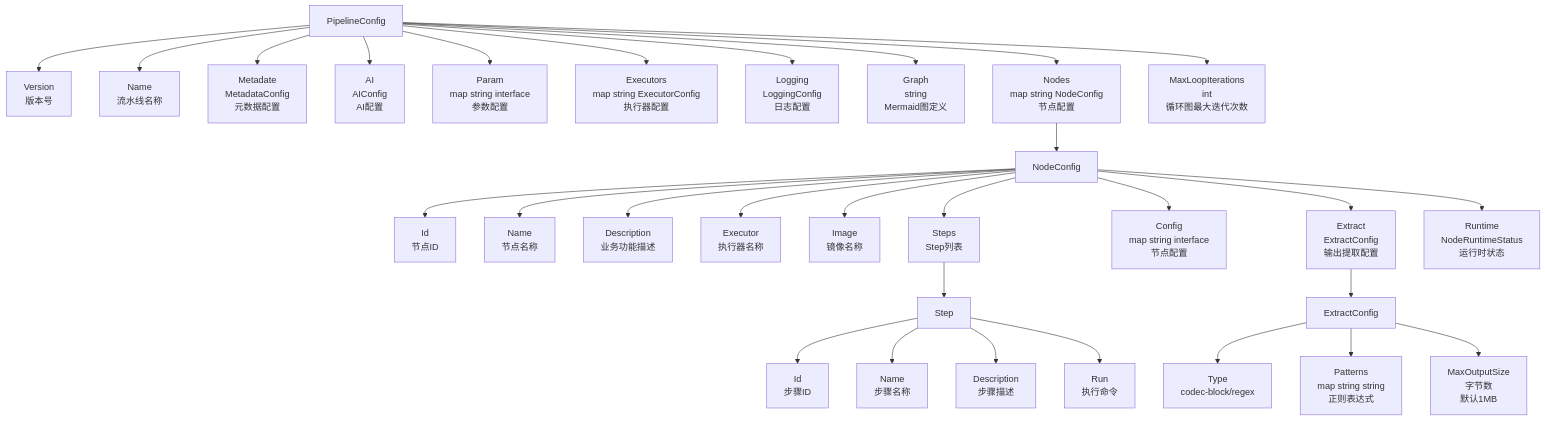
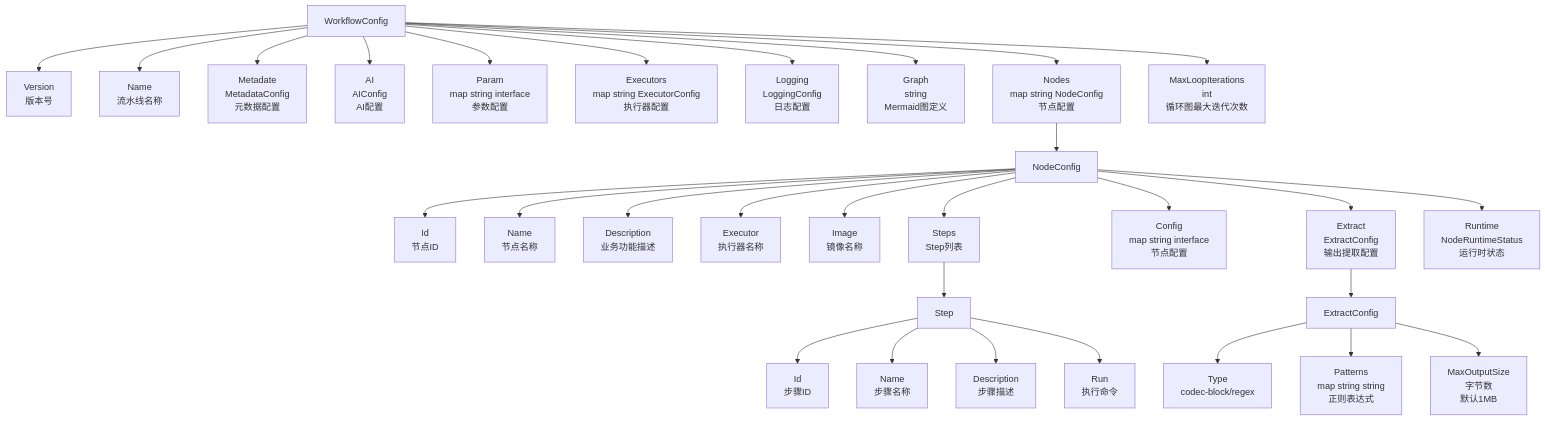
The first of 10 diagrams in core/FLOWS.md (LerkoX/flowx), drawn with Mermaid before and after one commit. The commit also changed other lines of this file and 99 other files, not shown here.

First line of the commit message:
refactor: Pipeline 统一更名为 Workflow

````diff
--- a/core/FLOWS.md
+++ b/core/FLOWS.md
@@ -5,35 +5,35 @@
 ```mermaid
 flowchart TD
-    A[PipelineConfig] --> B[Version<br/>版本号]
+    A[WorkflowConfig] --> B[Version<br/>版本号]
     A --> C[Name<br/>流水线名称]
     A --> D[Metadate<br/>MetadataConfig<br/>元数据配置]
     A --> E[AI<br/>AIConfig<br/>AI配置]
     A --> F[Param<br/>map string interface<br/>参数配置]
     A --> G[Executors<br/>map string ExecutorConfig<br/>执行器配置]
     A --> H[Logging<br/>LoggingConfig<br/>日志配置]
     A --> I[Graph<br/>string<br/>Mermaid图定义]
     A --> J[Nodes<br/>map string NodeConfig<br/>节点配置]
     A --> K[MaxLoopIterations<br/>int<br/>循环图最大迭代次数]
 
     J --> L[NodeConfig]
     L --> M[Id<br/>节点ID]
     L --> N[Name<br/>节点名称]
     L --> O[Description<br/>业务功能描述]
     L --> P[Executor<br/>执行器名称]
     L --> Q[Image<br/>镜像名称]
     L --> R[Steps<br/>Step列表]
     L --> S[Config<br/>map string interface<br/>节点配置]
     L --> T[Extract<br/>ExtractConfig<br/>输出提取配置]
     L --> U[Runtime<br/>NodeRuntimeStatus<br/>运行时状态]
 
     R --> V[Step]
     V --> W[Id<br/>步骤ID]
     V --> X[Name<br/>步骤名称]
     V --> Y[Description<br/>步骤描述]
     V --> Z[Run<br/>执行命令]
 
     T --> AA[ExtractConfig]
     AA --> AB[Type<br/>codec-block/regex]
     AA --> AC[Patterns<br/>map string string<br/>正则表达式]
     AA --> AD[MaxOutputSize<br/>字节数<br/>默认1MB]
 ```
````
